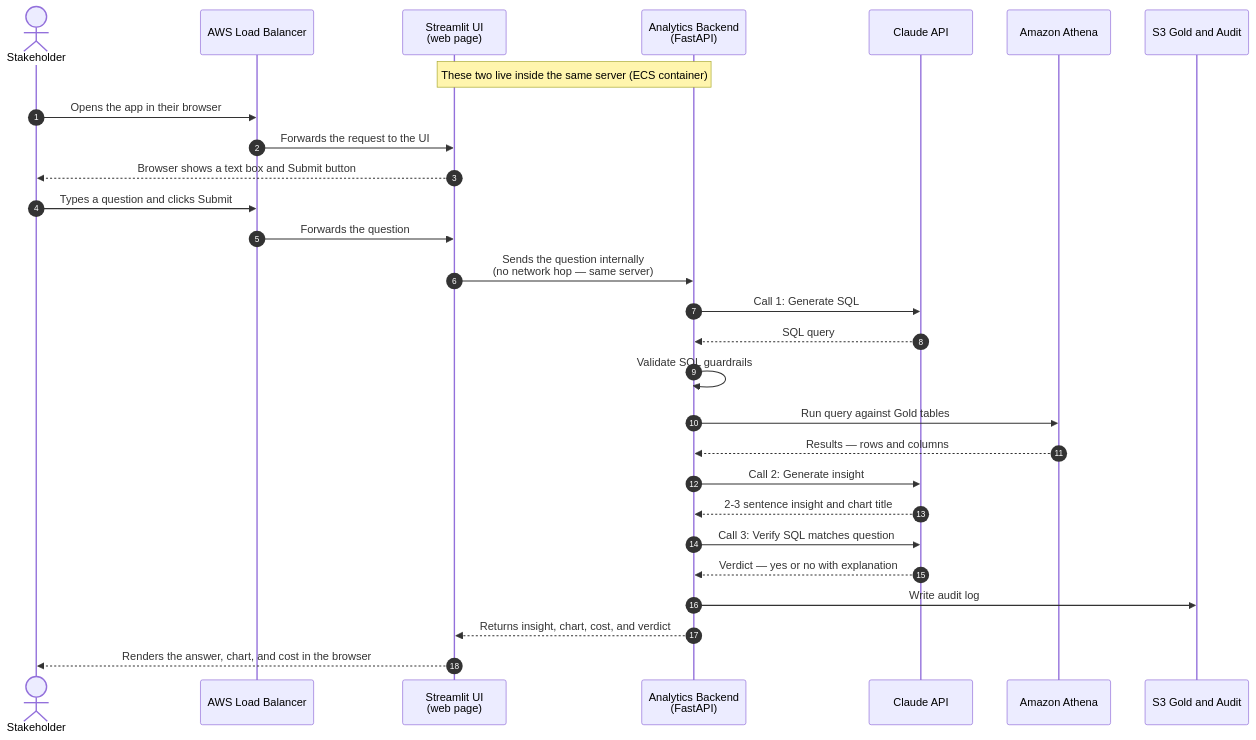
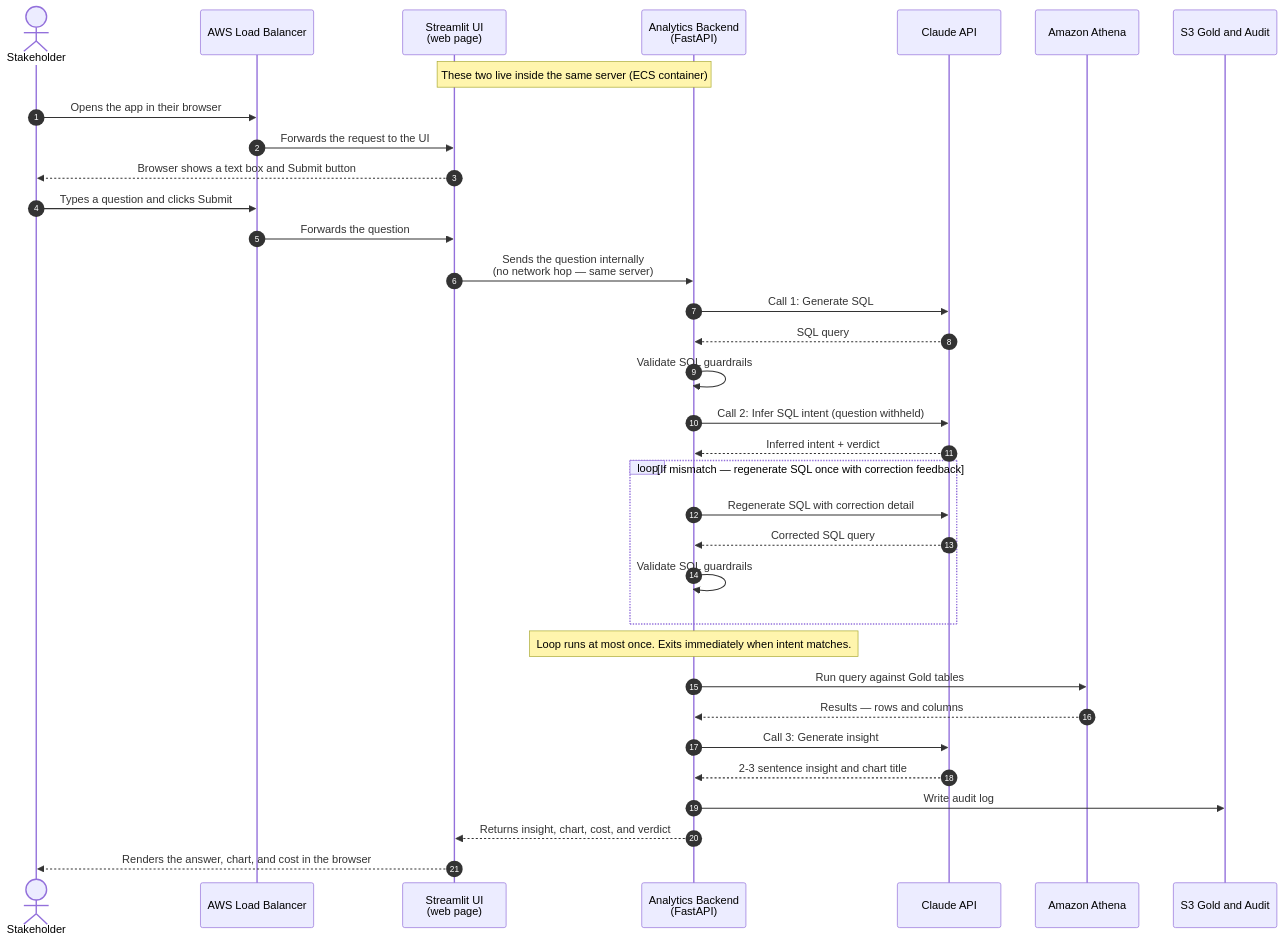
One commit to enterprise-data-platform-emeka/platform-analytics-agent changed the second of 3 diagrams in README.md. Above: the diagram before and after it, drawn with Mermaid. The commit also changed other lines of this file, not shown here.

Commit message:
Docs: update sequence diagram and step descriptions with pre-Athena intent check loop

````diff
--- a/README.md
+++ b/README.md
@@ -149,33 +149,39 @@
 ```mermaid
 sequenceDiagram
     autonumber
     actor S as Stakeholder
     participant ALB as AWS Load Balancer
     participant UI as Streamlit UI<br/>(web page)
     participant API as Analytics Backend<br/>(FastAPI)
     participant CL as Claude API
     participant ATH as Amazon Athena
     participant S3 as S3 Gold and Audit
 
     note over UI,API: These two live inside the same server (ECS container)
 
     S->>ALB: Opens the app in their browser
     ALB->>UI: Forwards the request to the UI
     UI-->>S: Browser shows a text box and Submit button
 
     S->>ALB: Types a question and clicks Submit
     ALB->>UI: Forwards the question
     UI->>API: Sends the question internally<br/>(no network hop — same server)
     API->>CL: Call 1: Generate SQL
     CL-->>API: SQL query
     API->>API: Validate SQL guardrails
+    API->>CL: Call 2: Infer SQL intent (question withheld)
+    CL-->>API: Inferred intent + verdict
+    loop If mismatch — regenerate SQL once with correction feedback
+        API->>CL: Regenerate SQL with correction detail
+        CL-->>API: Corrected SQL query
+        API->>API: Validate SQL guardrails
+    end
+    note over API: Loop runs at most once. Exits immediately when intent matches.
     API->>ATH: Run query against Gold tables
     ATH-->>API: Results — rows and columns
-    API->>CL: Call 2: Generate insight
+    API->>CL: Call 3: Generate insight
     CL-->>API: 2-3 sentence insight and chart title
-    API->>CL: Call 3: Verify SQL matches question
-    CL-->>API: Verdict — yes or no with explanation
     API->>S3: Write audit log
     API-->>UI: Returns insight, chart, cost, and verdict
     UI-->>S: Renders the answer, chart, and cost in the browser
 ```
````
